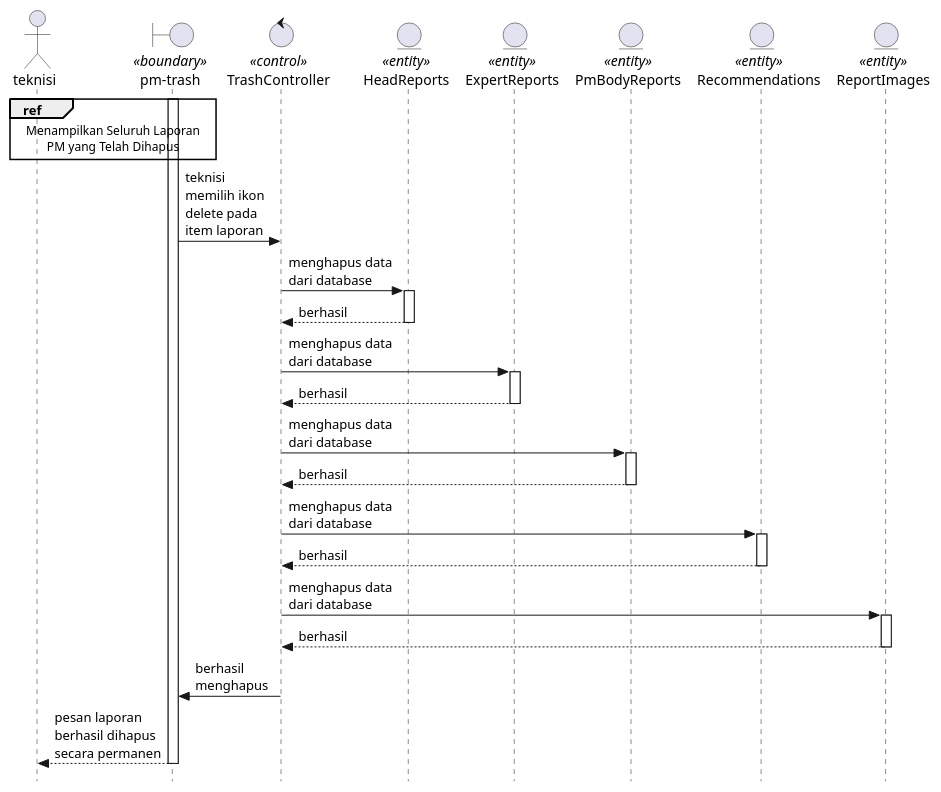
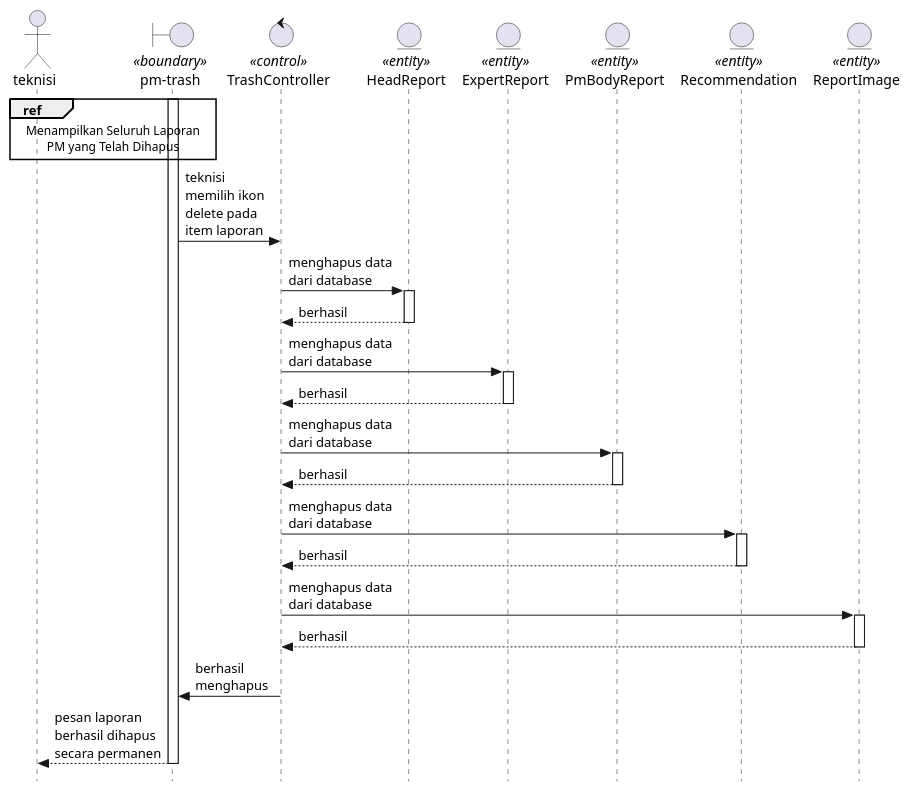
Before and after one commit to KPL-slur/eec-sifse-fixed: the first of 2 diagrams in Docs/diagrams/sequence/permDelete.plantuml, drawn with PlantUML. The commit also changed other lines of this file and 5 other files, not shown here.

```diff
--- a/Docs/diagrams/sequence/permDelete.plantuml
+++ b/Docs/diagrams/sequence/permDelete.plantuml
@@ -1,39 +1,39 @@
 @startuml permDeletePM
 
 skinparam style strictuml
 
 actor teknisi
 boundary "pm-trash" as trash <<boundary>>
 control TrashController <<control>>
-entity HeadReports <<entity>>
-entity ExpertReports <<entity>>
-entity PmBodyReports <<entity>>
-entity Recommendations <<entity>>
-entity ReportImages <<entity>>
+entity HeadReport <<entity>>
+entity ExpertReport <<entity>>
+entity PmBodyReport <<entity>>
+entity Recommendation <<entity>>
+entity ReportImage <<entity>>
 
 ref over teknisi, trash : Menampilkan Seluruh Laporan\nPM yang Telah Dihapus
 
 activate trash
 trash -> TrashController : teknisi\nmemilih ikon\ndelete pada\nitem laporan
 
-TrashController -> HeadReports : menghapus data\ndari database
-    activate HeadReports
+TrashController -> HeadReport : menghapus data\ndari database
+    activate HeadReport
     return berhasil
-TrashController -> ExpertReports : menghapus data\ndari database
-    activate ExpertReports
+TrashController -> ExpertReport : menghapus data\ndari database
+    activate ExpertReport
     return berhasil
-TrashController -> PmBodyReports : menghapus data\ndari database
-    activate PmBodyReports
+TrashController -> PmBodyReport : menghapus data\ndari database
+    activate PmBodyReport
     return berhasil
-TrashController -> Recommendations : menghapus data\ndari database
-    activate Recommendations
+TrashController -> Recommendation : menghapus data\ndari database
+    activate Recommendation
     return berhasil
-TrashController -> ReportImages : menghapus data\ndari database
-    activate ReportImages
+TrashController -> ReportImage : menghapus data\ndari database
+    activate ReportImage
     return berhasil
 
 TrashController -> trash : berhasil\nmenghapus
 trash --> teknisi : pesan laporan\nberhasil dihapus\nsecara permanen
     deactivate trash
 
 @enduml
```
